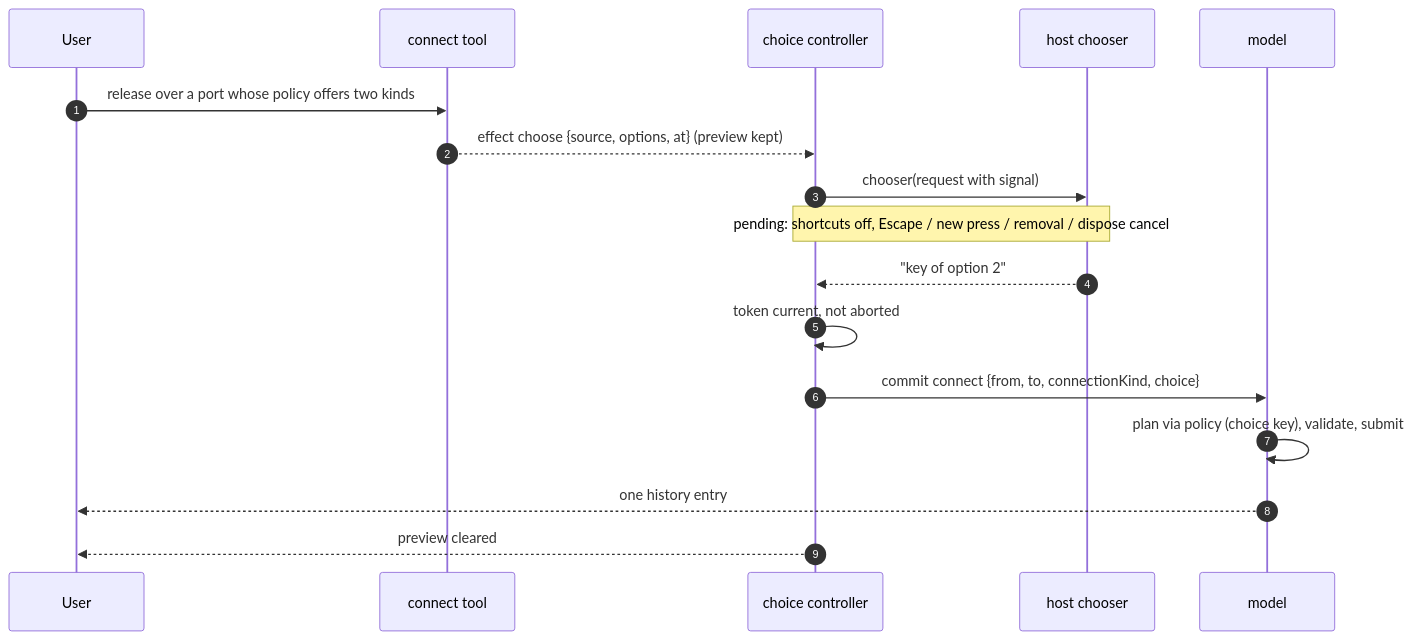
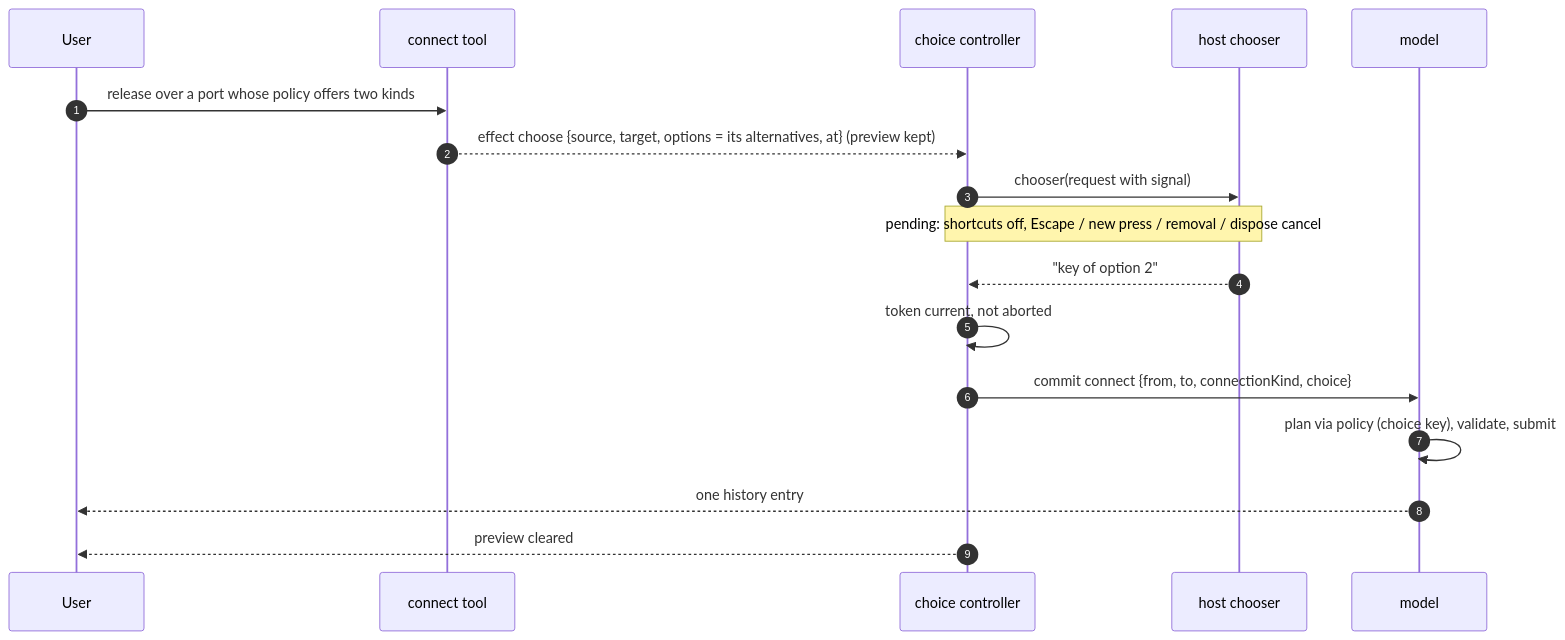
One commit to paceholder/nodeeditor-js changed the second of 2 diagrams in openspec/changes/add-context-menu-and-choice-hooks/design.md. Above: the diagram before and after it, drawn with Mermaid. The commit also changed other lines of this file and 3 other files, not shown here.

````diff
--- a/openspec/changes/add-context-menu-and-choice-hooks/design.md
+++ b/openspec/changes/add-context-menu-and-choice-hooks/design.md
@@ -451,19 +450,19 @@
 ```mermaid
 sequenceDiagram
   autonumber
   participant U as User
   participant T as connect tool
   participant X as choice controller
   participant H as host chooser
   participant M as model
   U->>T: release over a port whose policy offers two kinds
-  T-->>X: effect choose {source, options, at} (preview kept)
+  T-->>X: effect choose {source, target, options = its alternatives, at} (preview kept)
   X->>H: chooser(request with signal)
   Note over X,H: pending: shortcuts off, Escape / new press / removal / dispose cancel
   H-->>X: "key of option 2"
   X->>X: token current, not aborted
   X->>M: commit connect {from, to, connectionKind, choice}
   M->>M: plan via policy (choice key), validate, submit
   M-->>U: one history entry
   X-->>U: preview cleared
 ```
````
